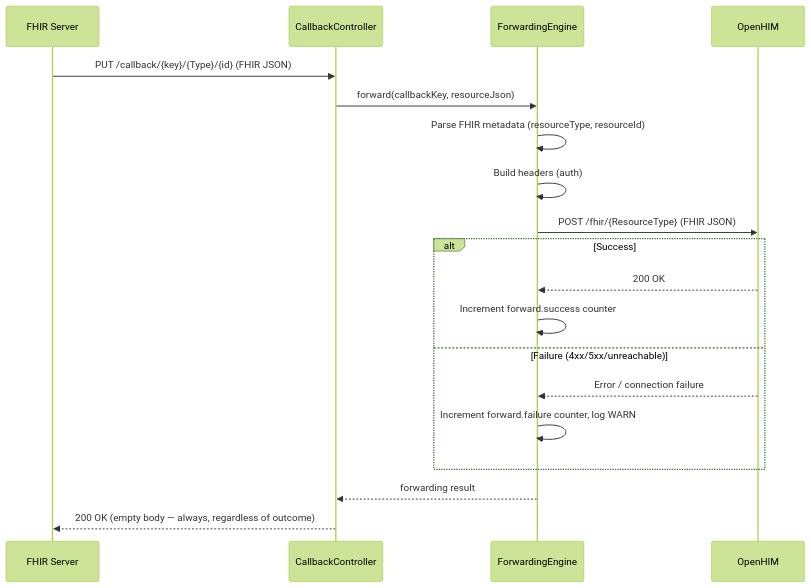
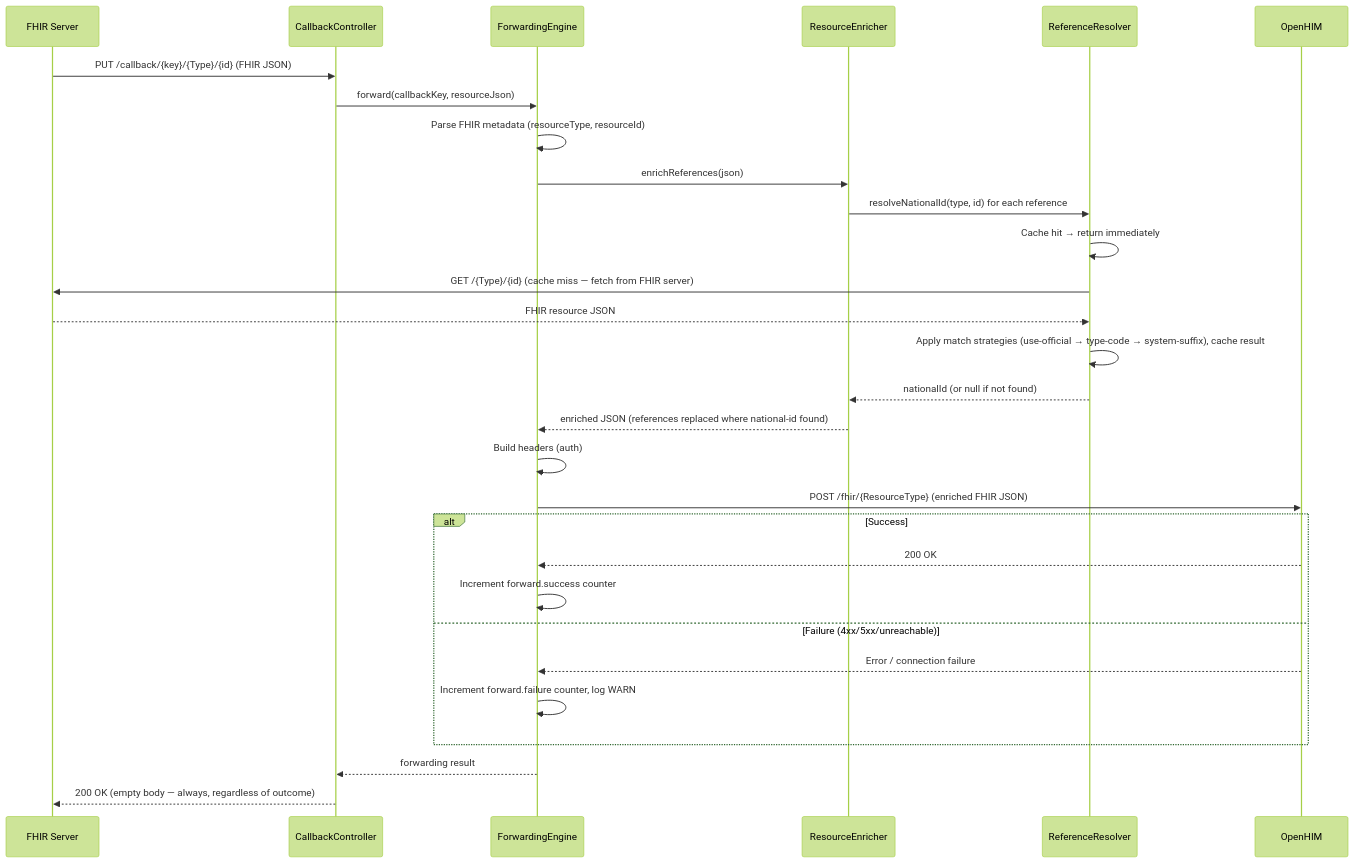
The second of 2 diagrams in docs/architecture.md (ishashankakkasali/fhir-cce-emitter-adaptor), drawn with Mermaid (forest theme) before and after one commit. The commit also changed other lines of this file and 10 other files, not shown here.

First line of the commit message:
Update: Implement Patient reference resolution for FHIR resources

````diff
--- a/docs/architecture.md
+++ b/docs/architecture.md
@@ -282,22 +291,32 @@
 ```mermaid
 sequenceDiagram
     participant FS as FHIR Server
     participant CB as CallbackController
     participant FE as ForwardingEngine
+    participant RE as ResourceEnricher
+    participant RR as ReferenceResolver
     participant T as OpenHIM
 
     FS->>CB: PUT /callback/{key}/{Type}/{id} (FHIR JSON)
     CB->>FE: forward(callbackKey, resourceJson)
     FE->>FE: Parse FHIR metadata (resourceType, resourceId)
+    FE->>RE: enrichReferences(json)
+    RE->>RR: resolveNationalId(type, id) for each reference
+    RR->>RR: Cache hit → return immediately
+    RR->>FS: GET /{Type}/{id} (cache miss — fetch from FHIR server)
+    FS-->>RR: FHIR resource JSON
+    RR->>RR: Apply match strategies (use-official → type-code → system-suffix), cache result
+    RR-->>RE: nationalId (or null if not found)
+    RE-->>FE: enriched JSON (references replaced where national-id found)
     FE->>FE: Build headers (auth)
-    FE->>T: POST /fhir/{ResourceType} (FHIR JSON)
+    FE->>T: POST /fhir/{ResourceType} (enriched FHIR JSON)
     alt Success
         T-->>FE: 200 OK
         FE->>FE: Increment forward.success counter
     else Failure (4xx/5xx/unreachable)
         T-->>FE: Error / connection failure
         FE->>FE: Increment forward.failure counter, log WARN
     end
     FE-->>CB: forwarding result
     CB-->>FS: 200 OK (empty body — always, regardless of outcome)
 ```
````
